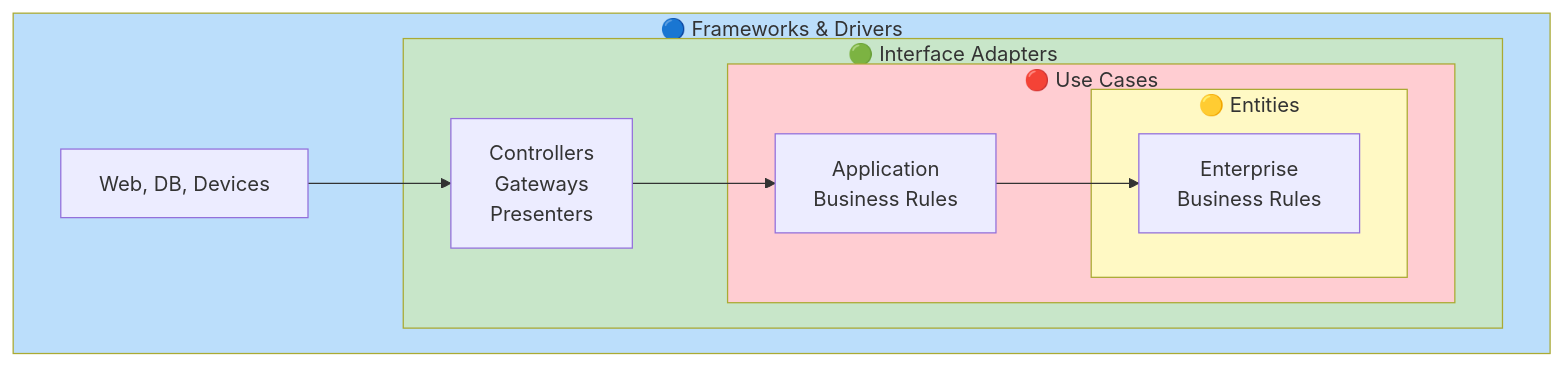
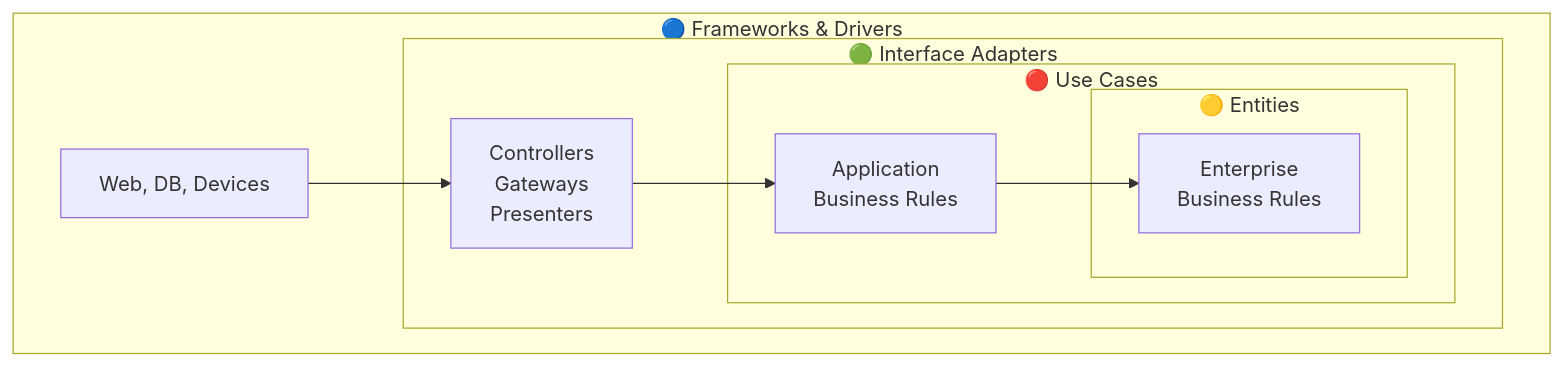
One commit to advanced-beginner/advanced-beginner.github.io changed the diagram in content/en/ddd/concepts/clean-architecture.md. Above: the diagram before and after it, drawn with Mermaid. The commit also changed 35 other files, not shown here.

First line of the commit message:
refactor: Mermaid 다이어그램 개선

````diff
--- a/content/en/ddd/concepts/clean-architecture.md
+++ b/content/en/ddd/concepts/clean-architecture.md
@@ -15,22 +15,17 @@
 ```mermaid
 flowchart TB
     subgraph Outer["🔵 Frameworks & Drivers"]
         subgraph Green["🟢 Interface Adapters"]
             subgraph Red["🔴 Use Cases"]
                 subgraph Yellow["🟡 Entities"]
                     E["Enterprise<br/>Business Rules"]
                 end
                 UC["Application<br/>Business Rules"]
             end
             A["Controllers<br/>Gateways<br/>Presenters"]
         end
         F["Web, DB, Devices"]
     end
 
     F --> A --> UC --> E
-
-    style Yellow fill:#fff9c4
-    style Red fill:#ffcdd2
-    style Green fill:#c8e6c9
-    style Outer fill:#bbdefb
 ```
````
